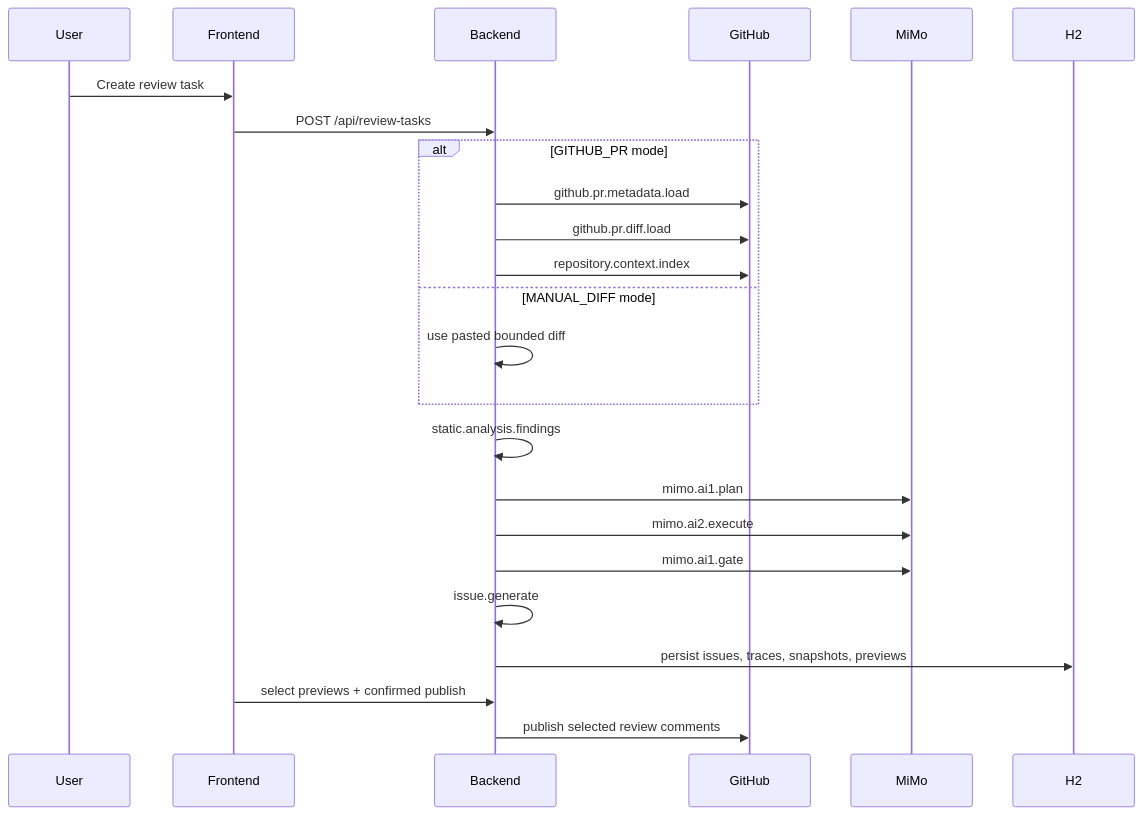
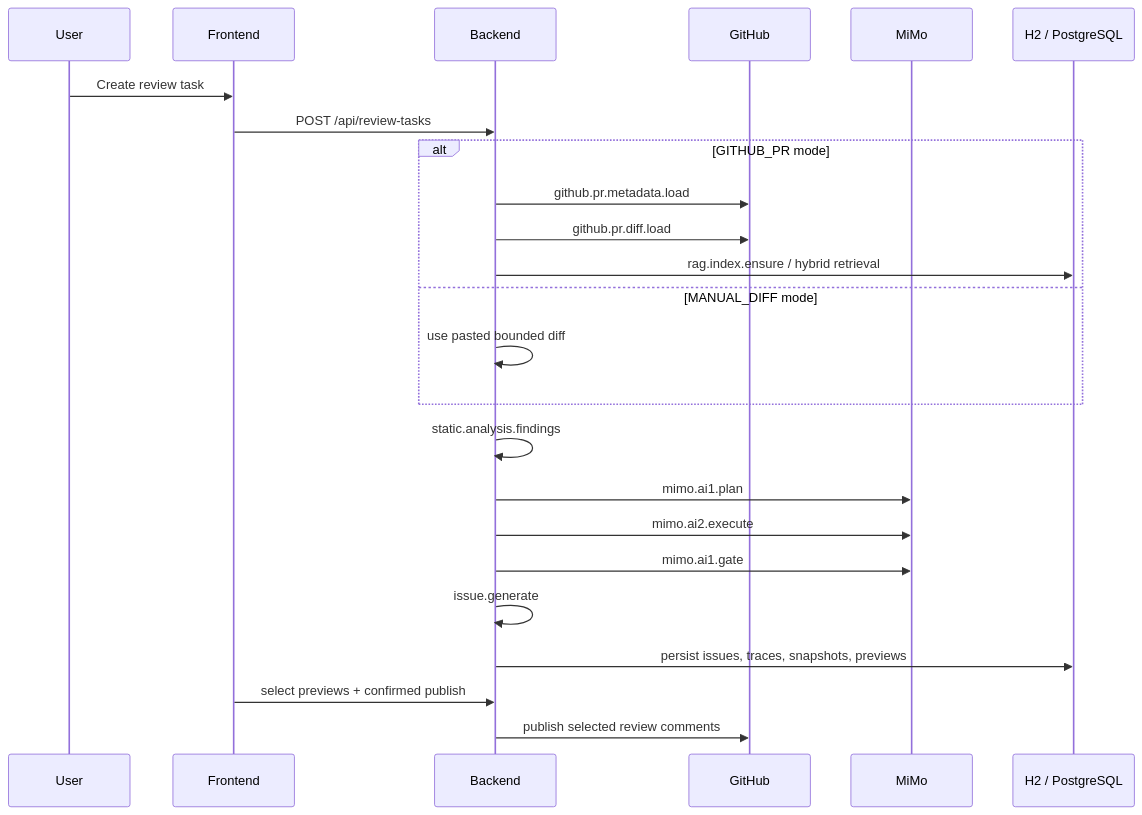
The second of 2 diagrams in README.md (alexbyte1334/CodeReviewX), drawn with Mermaid before and after one commit. The commit also changed other lines of this file and 4 other files, not shown here.

````diff
--- a/README.md
+++ b/README.md
@@ -197,27 +198,27 @@
 ```mermaid
 sequenceDiagram
     participant U as User
     participant FE as Frontend
     participant BE as Backend
     participant GH as GitHub
     participant MM as MiMo
-    participant DB as H2
+    participant DB as H2 / PostgreSQL
 
     U->>FE: Create review task
     FE->>BE: POST /api/review-tasks
     alt GITHUB_PR mode
         BE->>GH: github.pr.metadata.load
         BE->>GH: github.pr.diff.load
-        BE->>GH: repository.context.index
+        BE->>DB: rag.index.ensure / hybrid retrieval
     else MANUAL_DIFF mode
         BE->>BE: use pasted bounded diff
     end
     BE->>BE: static.analysis.findings
     BE->>MM: mimo.ai1.plan
     BE->>MM: mimo.ai2.execute
     BE->>MM: mimo.ai1.gate
     BE->>BE: issue.generate
     BE->>DB: persist issues, traces, snapshots, previews
     FE->>BE: select previews + confirmed publish
     BE->>GH: publish selected review comments
 ```
````
